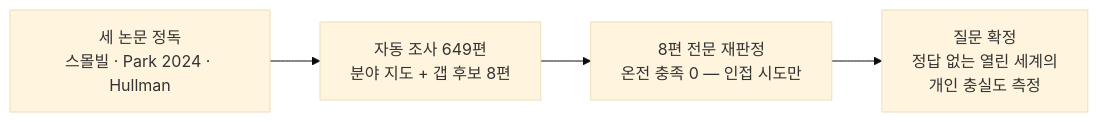
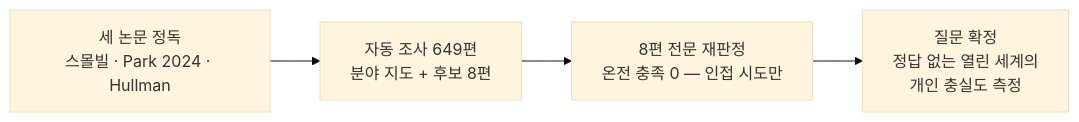
The diagram in experiments/2026-06-29-prologue.qmd (qoal1201/synthetic-society-research), drawn with Mermaid (base theme) before and after one commit. The commit also changed other lines of this file and 7 other files, not shown here.

````diff
--- a/experiments/2026-06-29-prologue.qmd
+++ b/experiments/2026-06-29-prologue.qmd
@@ -13,6 +13,6 @@
 ```{mermaid}
 flowchart LR
-    A["세 논문 정독<br/>스몰빌 · Park 2024 · Hullman"] --> B["자동 조사 649편<br/>분야 지도 + 갭 후보 8편"]
+    A["세 논문 정독<br/>스몰빌 · Park 2024 · Hullman"] --> B["자동 조사 649편<br/>분야 지도 + 후보 8편"]
     B --> C["8편 전문 재판정<br/>온전 충족 0 — 인접 시도만"]
     C --> D["질문 확정<br/>정답 없는 열린 세계의<br/>개인 충실도 측정"]
 ```
````
